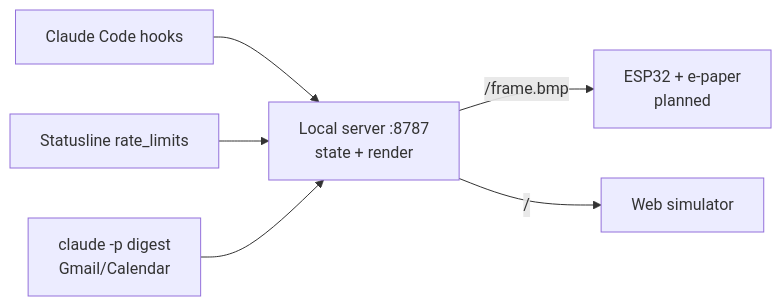
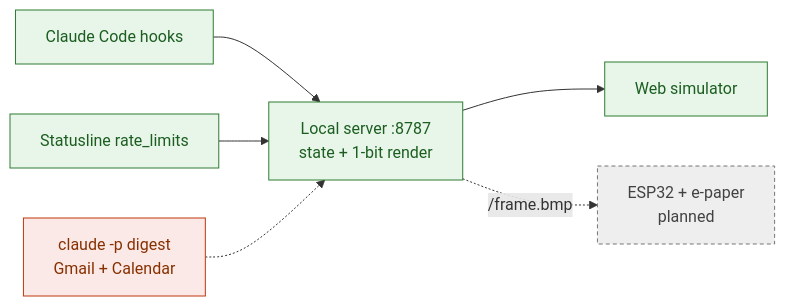
The first of 4 diagrams in README.md (sergiomorapardo/eink-pager), drawn with Mermaid before and after one commit. The commit also changed other lines of this file, not shown here.

````diff
--- a/README.md
+++ b/README.md
@@ -20,8 +17,14 @@
 ```mermaid
 flowchart LR
-  H[Claude Code hooks] --> S[Local server :8787<br/>state + render]
-  L[Statusline rate_limits] --> S
-  D[claude -p digest<br/>Gmail/Calendar] --> S
-  S -->|/frame.bmp| E[ESP32 + e-paper<br/>planned]
-  S -->|/| W[Web simulator]
+    H[Claude Code hooks] --> S[Local server :8787<br/>state + 1-bit render]
+    L[Statusline rate_limits] --> S
+    D[claude -p digest<br/>Gmail + Calendar] -.-> S
+    S --> W[Web simulator]
+    S -.->|/frame.bmp| E[ESP32 + e-paper<br/>planned]
+    classDef local fill:#e8f5e9,stroke:#2e7d32,color:#1b5e20
+    classDef paid fill:#fbe9e7,stroke:#bf360c,color:#873000
+    classDef planned fill:#eeeeee,stroke:#757575,color:#424242,stroke-dasharray:4 3
+    class H,L,S,W local
+    class D paid
+    class E planned
 ```
````
